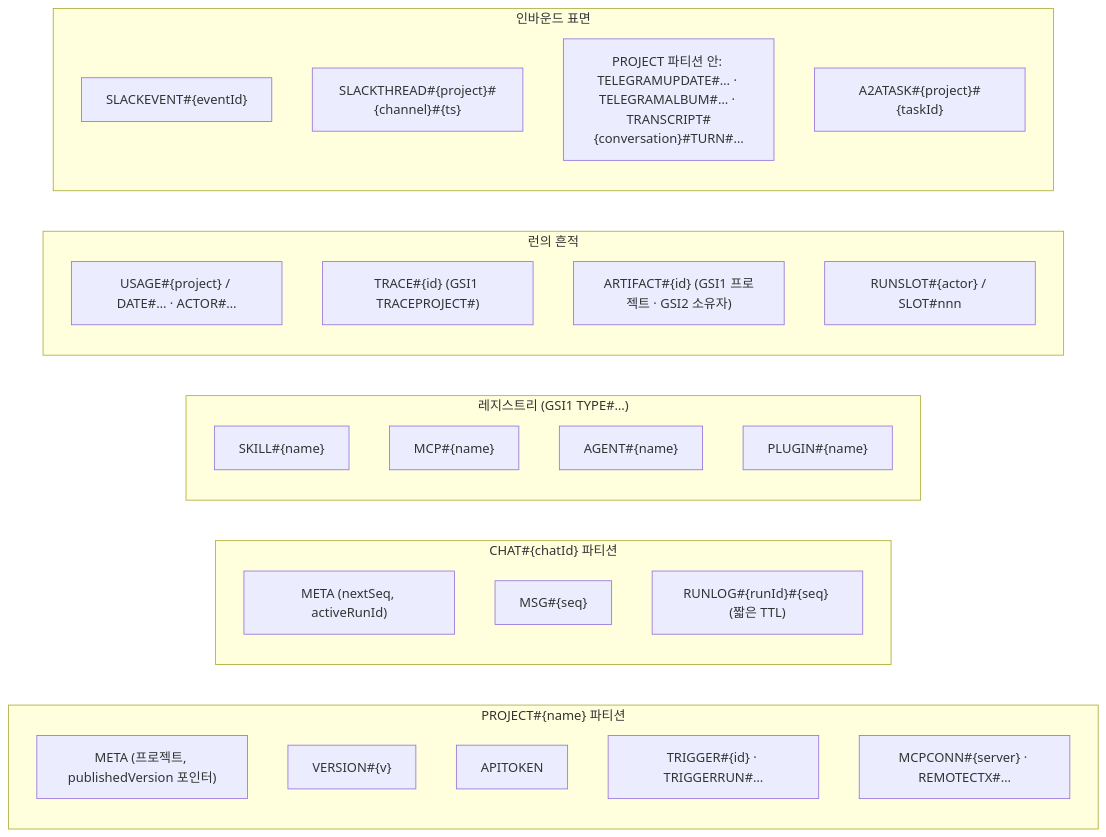
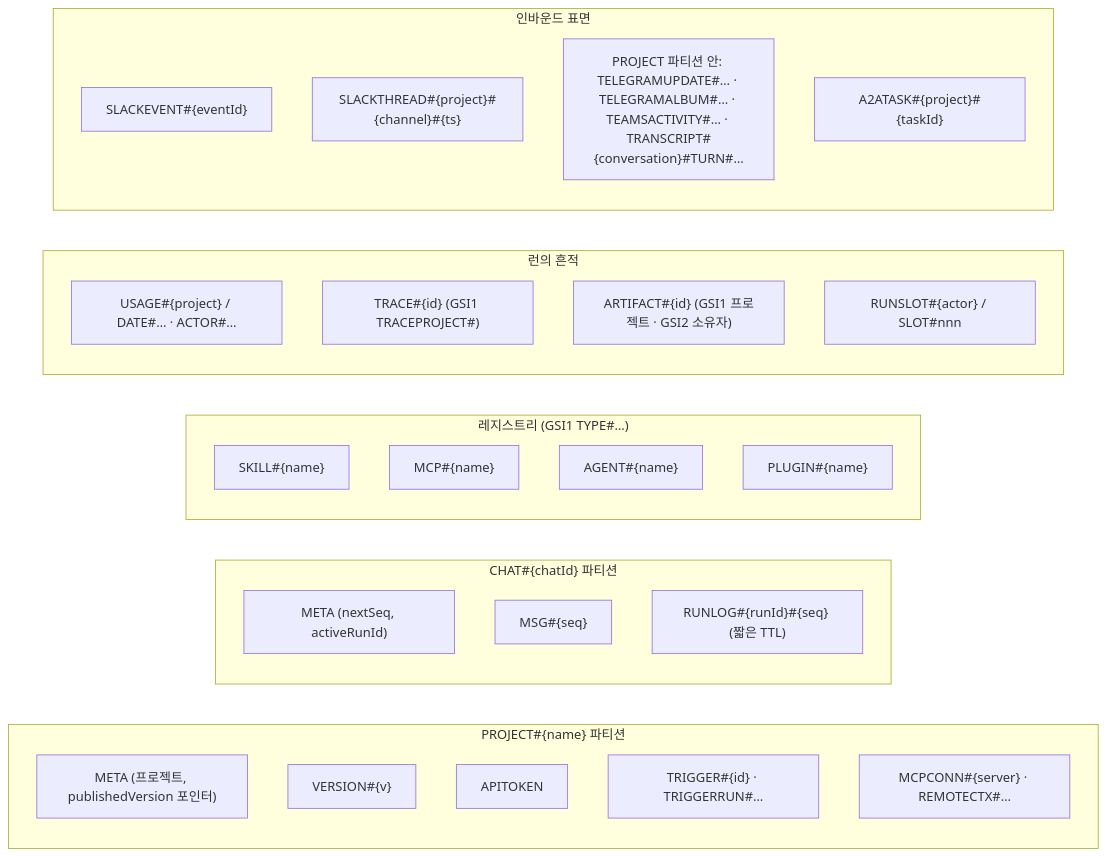
The sixth of 6 diagrams in docs/DIAGRAMS.md (opspresso/agent-studio), drawn with Mermaid before and after one commit. The commit also changed other lines of this file and 12 other files, not shown here.

````diff
--- a/docs/DIAGRAMS.md
+++ b/docs/DIAGRAMS.md
@@ -191,33 +200,33 @@
 ```mermaid
 flowchart LR
   subgraph project["PROJECT#{name} 파티션"]
     meta["META (프로젝트, publishedVersion 포인터)"]
     ver["VERSION#{v}"]
     tok["APITOKEN"]
     trig["TRIGGER#{id} · TRIGGERRUN#…"]
     conn["MCPCONN#{server} · REMOTECTX#…"]
   end
   subgraph chat["CHAT#{chatId} 파티션"]
     cmeta["META (nextSeq, activeRunId)"]
     msg["MSG#{seq}"]
     runlog["RUNLOG#{runId}#{seq} (짧은 TTL)"]
   end
   subgraph registry["레지스트리 (GSI1 TYPE#…)"]
     skill["SKILL#{name}"]
     mcp["MCP#{name}"]
     agent["AGENT#{name}"]
     plugin["PLUGIN#{name}"]
   end
   subgraph runs["런의 흔적"]
     usage["USAGE#{project} / DATE#… · ACTOR#…"]
     trace["TRACE#{id} (GSI1 TRACEPROJECT#)"]
     artifact["ARTIFACT#{id} (GSI1 프로젝트 · GSI2 소유자)"]
     slot["RUNSLOT#{actor} / SLOT#nnn"]
   end
   subgraph inbound["인바운드 표면"]
     sev["SLACKEVENT#{eventId}"]
     sthread["SLACKTHREAD#{project}#{channel}#{ts}"]
-    transcript["PROJECT 파티션 안: TELEGRAMUPDATE#… · TELEGRAMALBUM#… · TRANSCRIPT#{conversation}#TURN#…"]
+    transcript["PROJECT 파티션 안: TELEGRAMUPDATE#… · TELEGRAMALBUM#… · TEAMSACTIVITY#… · TRANSCRIPT#{conversation}#TURN#…"]
     a2atask["A2ATASK#{project}#{taskId}"]
   end
 ```
````
